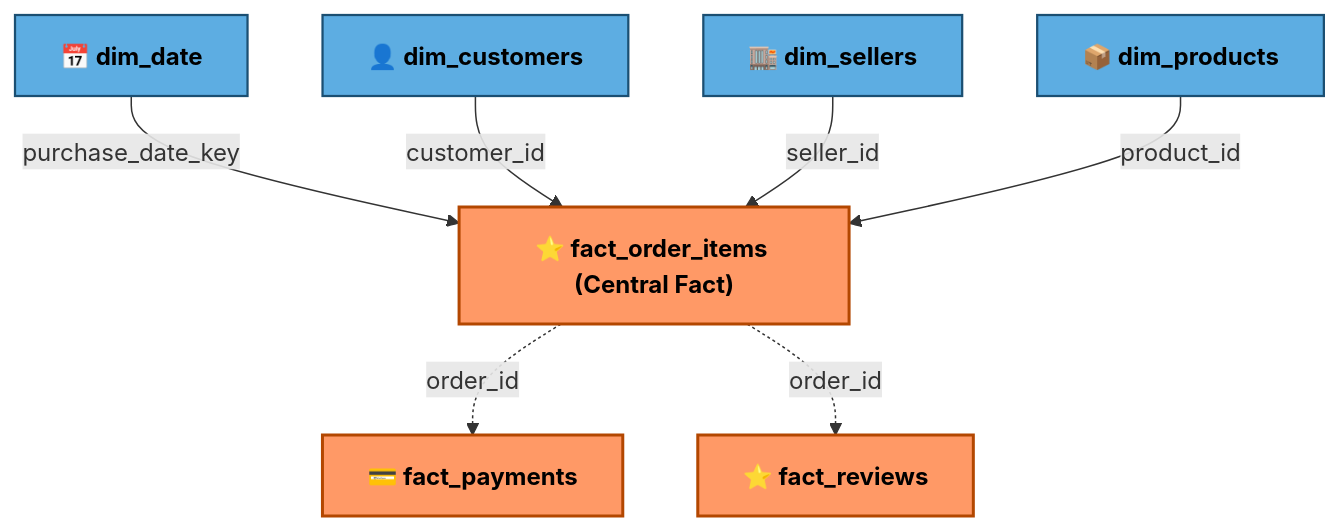
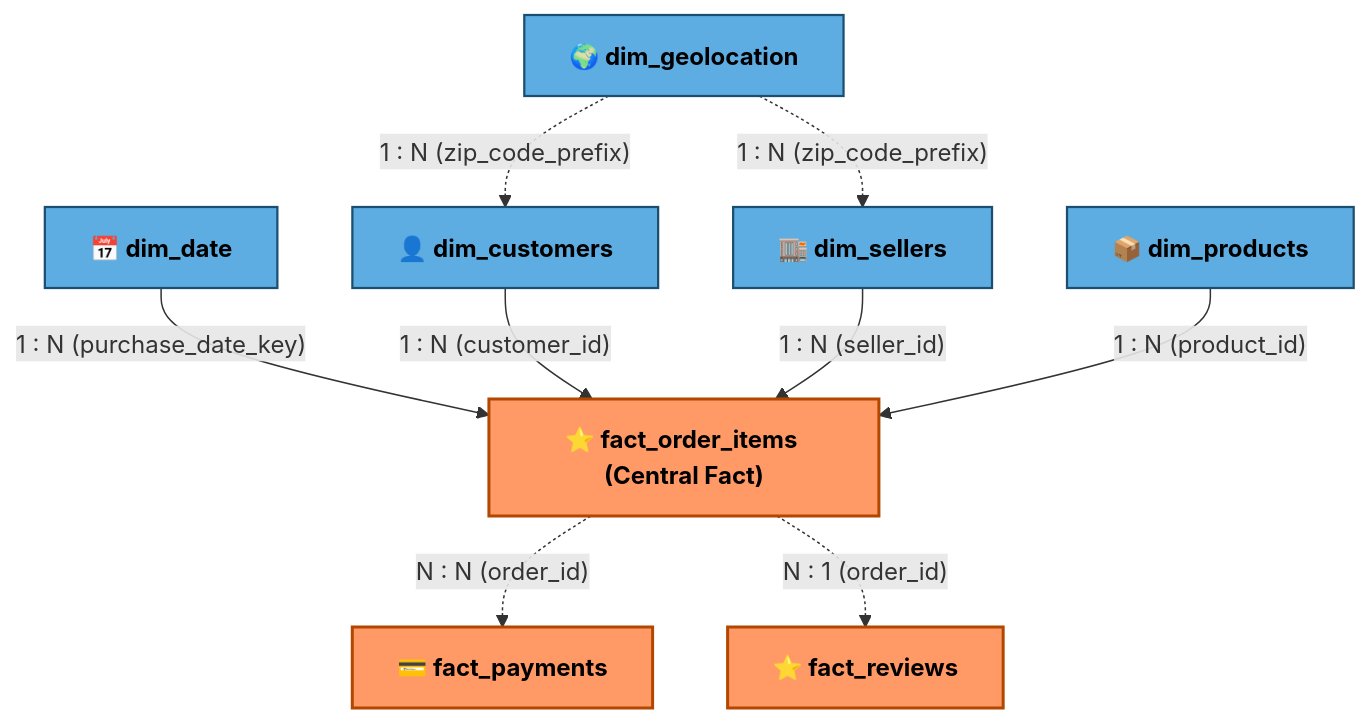
The second of 2 diagrams in README.md (doanquangminh14/olist-ecommerce-analytics), drawn with Mermaid before and after one commit. The commit also changed other lines of this file and 1 other file, not shown here.

Commit message:
docs: add 1-to-many cardinality and relationships to star schema

````diff
--- a/README.md
+++ b/README.md
@@ -161,13 +161,16 @@
 ```mermaid
 graph TD
     classDef fact fill:#ff9966,stroke:#b34700,stroke-width:2px,color:#000,font-weight:bold;
     classDef dim fill:#5dade2,stroke:#1b4f72,stroke-width:1.5px,color:#000,font-weight:bold;
 
-    dim_date["📅 dim_date"]:::dim -->|purchase_date_key| fact_order_items["⭐ fact_order_items (Central Fact)"]:::fact
-    dim_customers["👤 dim_customers"]:::dim -->|customer_id| fact_order_items
-    dim_sellers["🏬 dim_sellers"]:::dim -->|seller_id| fact_order_items
-    dim_products["📦 dim_products"]:::dim -->|product_id| fact_order_items
+    dim_date["📅 dim_date"]:::dim -->|"1 : N (purchase_date_key)"| fact_order_items["⭐ fact_order_items (Central Fact)"]:::fact
+    dim_customers["👤 dim_customers"]:::dim -->|"1 : N (customer_id)"| fact_order_items
+    dim_sellers["🏬 dim_sellers"]:::dim -->|"1 : N (seller_id)"| fact_order_items
+    dim_products["📦 dim_products"]:::dim -->|"1 : N (product_id)"| fact_order_items
 
-    fact_order_items -.->|order_id| fact_payments["💳 fact_payments"]:::fact
-    fact_order_items -.->|order_id| fact_reviews["⭐ fact_reviews"]:::fact
+    dim_geolocation["🌍 dim_geolocation"]:::dim -.->|"1 : N (zip_code_prefix)"| dim_customers
+    dim_geolocation -.->|"1 : N (zip_code_prefix)"| dim_sellers
+
+    fact_order_items -.->|"N : N (order_id)"| fact_payments["💳 fact_payments"]:::fact
+    fact_order_items -.->|"N : 1 (order_id)"| fact_reviews["⭐ fact_reviews"]:::fact
 ```
````
